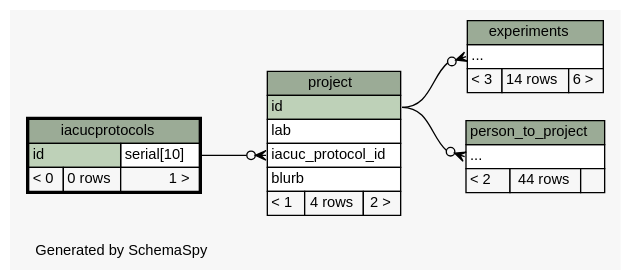
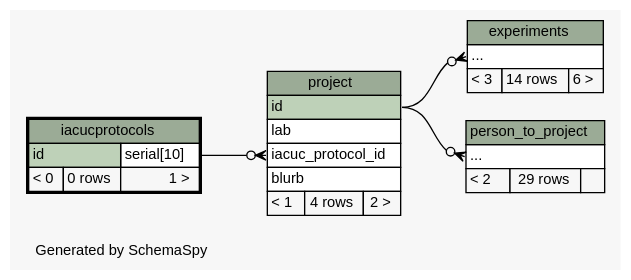
One commit to tgbugs/mlab changed the diagram in database/ss/diagrams/iacucprotocols.2degrees.dot. Above: the diagram before and after it, drawn with Graphviz. The commit also changed 161 other files, not shown here.

```diff
--- a/database/ss/diagrams/iacucprotocols.2degrees.dot
+++ b/database/ss/diagrams/iacucprotocols.2degrees.dot
@@ -1,68 +1,68 @@
 // dot 2.34.0 on Windows 7 6.1
 // SchemaSpy rev 590
 digraph "twoDegreesRelationshipsDiagram" {
   graph [
     rankdir="RL"
     bgcolor="#f7f7f7"
     label="\nGenerated by SchemaSpy"
     labeljust="l"
     nodesep="0.18"
     ranksep="0.46"
     fontname="Helvetica"
     fontsize="11"
   ];
   node [
     fontname="Helvetica"
     fontsize="11"
     shape="plaintext"
   ];
   edge [
     arrowsize="0.8"
   ];
   "experiments":"elipses":w -> "project":"id":e [arrowhead=none dir=back arrowtail=crowodot];
   "person_to_project":"elipses":w -> "project":"id":e [arrowhead=none dir=back arrowtail=crowodot];
   "project":"iacuc_protocol_id":w -> "iacucprotocols":"id.type":e [arrowhead=none dir=back arrowtail=crowodot];
   "experiments" [
     label=<
     <TABLE BORDER="0" CELLBORDER="1" CELLSPACING="0" BGCOLOR="#ffffff">
       <TR><TD COLSPAN="3" BGCOLOR="#9bab96" ALIGN="CENTER">experiments</TD></TR>
       <TR><TD PORT="elipses" COLSPAN="3" ALIGN="LEFT">...</TD></TR>
       <TR><TD ALIGN="LEFT" BGCOLOR="#f7f7f7">&lt; 3</TD><TD ALIGN="RIGHT" BGCOLOR="#f7f7f7">14 rows</TD><TD ALIGN="RIGHT" BGCOLOR="#f7f7f7">6 &gt;</TD></TR>
     </TABLE>>
     URL="experiments.html"
     tooltip="experiments"
   ];
   "iacucprotocols" [
     label=<
     <TABLE BORDER="2" CELLBORDER="1" CELLSPACING="0" BGCOLOR="#ffffff">
       <TR><TD COLSPAN="3" BGCOLOR="#9bab96" ALIGN="CENTER">iacucprotocols</TD></TR>
       <TR><TD PORT="id" COLSPAN="2" BGCOLOR="#bed1b8" ALIGN="LEFT">id</TD><TD PORT="id.type" ALIGN="LEFT">serial[10]</TD></TR>
       <TR><TD ALIGN="LEFT" BGCOLOR="#f7f7f7">&lt; 0</TD><TD ALIGN="RIGHT" BGCOLOR="#f7f7f7">0 rows</TD><TD ALIGN="RIGHT" BGCOLOR="#f7f7f7">1 &gt;</TD></TR>
     </TABLE>>
     URL="iacucprotocols.html"
     tooltip="iacucprotocols"
   ];
   "person_to_project" [
     label=<
     <TABLE BORDER="0" CELLBORDER="1" CELLSPACING="0" BGCOLOR="#ffffff">
       <TR><TD COLSPAN="3" BGCOLOR="#9bab96" ALIGN="CENTER">person_to_project</TD></TR>
       <TR><TD PORT="elipses" COLSPAN="3" ALIGN="LEFT">...</TD></TR>
-      <TR><TD ALIGN="LEFT" BGCOLOR="#f7f7f7">&lt; 2</TD><TD ALIGN="RIGHT" BGCOLOR="#f7f7f7">44 rows</TD><TD ALIGN="RIGHT" BGCOLOR="#f7f7f7">  </TD></TR>
+      <TR><TD ALIGN="LEFT" BGCOLOR="#f7f7f7">&lt; 2</TD><TD ALIGN="RIGHT" BGCOLOR="#f7f7f7">29 rows</TD><TD ALIGN="RIGHT" BGCOLOR="#f7f7f7">  </TD></TR>
     </TABLE>>
     URL="person_to_project.html"
     tooltip="person_to_project"
   ];
   "project" [
     label=<
     <TABLE BORDER="0" CELLBORDER="1" CELLSPACING="0" BGCOLOR="#ffffff">
       <TR><TD COLSPAN="3" BGCOLOR="#9bab96" ALIGN="CENTER">project</TD></TR>
       <TR><TD PORT="id" COLSPAN="3" BGCOLOR="#bed1b8" ALIGN="LEFT">id</TD></TR>
       <TR><TD PORT="lab" COLSPAN="3" ALIGN="LEFT">lab</TD></TR>
       <TR><TD PORT="iacuc_protocol_id" COLSPAN="3" ALIGN="LEFT">iacuc_protocol_id</TD></TR>
       <TR><TD PORT="blurb" COLSPAN="3" ALIGN="LEFT">blurb</TD></TR>
       <TR><TD ALIGN="LEFT" BGCOLOR="#f7f7f7">&lt; 1</TD><TD ALIGN="RIGHT" BGCOLOR="#f7f7f7">4 rows</TD><TD ALIGN="RIGHT" BGCOLOR="#f7f7f7">2 &gt;</TD></TR>
     </TABLE>>
     URL="project.html"
     tooltip="project"
   ];
 }
```
